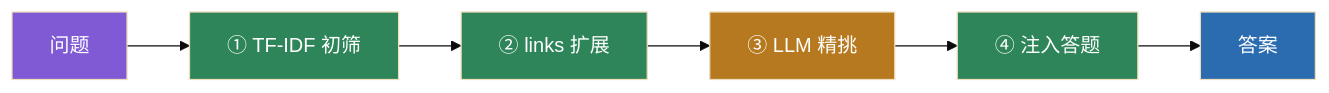
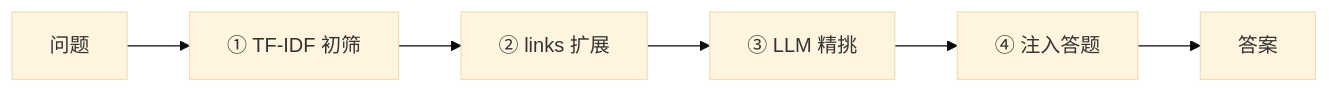
The seventh of 12 diagrams in README.md (Baixiaodou/comm-knowledge-graph), drawn with Mermaid (base theme) before and after one commit. The commit also changed other lines of this file, not shown here.

Commit message:
docs: 重组 README 结构（目录置顶、快速开始前移、重复章节合并、大图收进折叠块）

````diff
--- a/README.md
+++ b/README.md
@@ -399,14 +363,8 @@
 ```mermaid
 flowchart LR
     Q["问题"] --> A["① TF-IDF 初筛"]
     A --> B["② links 扩展"]
     B --> C["③ LLM 精挑"]
     C --> D["④ 注入答题"]
     D --> E["答案"]
-    style Q fill:#805ad5,color:#fff
-    style A fill:#2f855a,color:#fff
-    style B fill:#2f855a,color:#fff
-    style C fill:#b7791f,color:#fff
-    style D fill:#2f855a,color:#fff
-    style E fill:#2b6cb0,color:#fff
 ```
````
